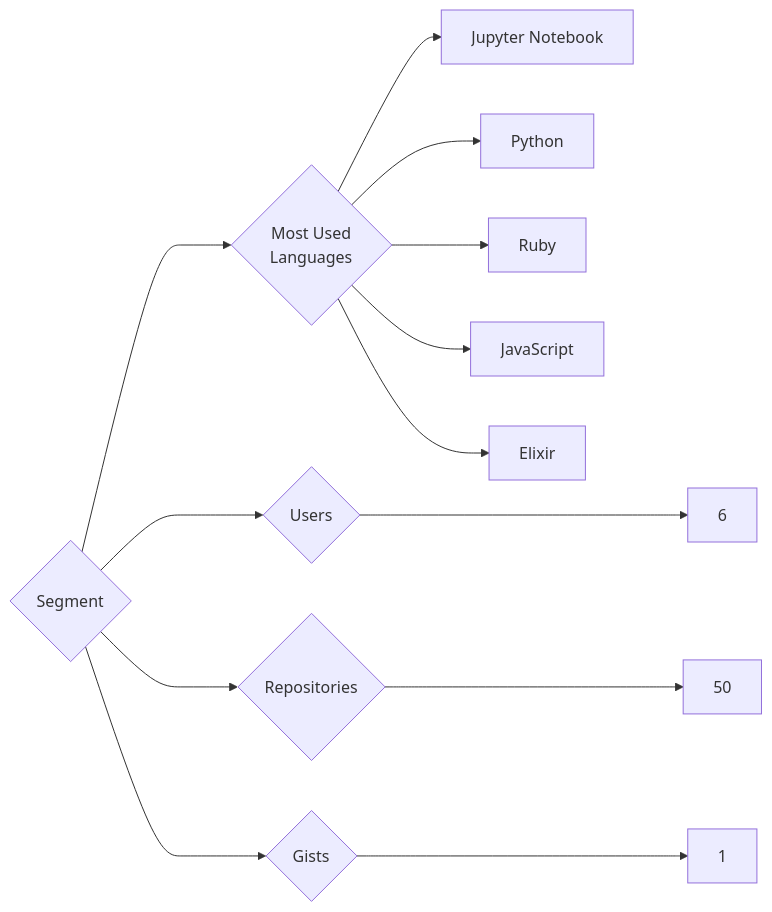
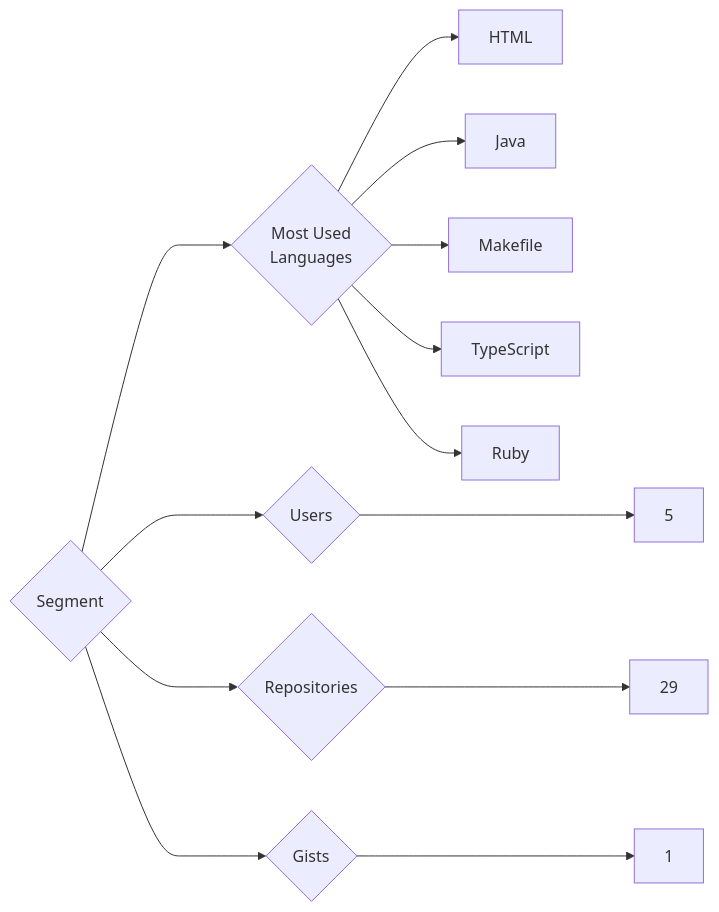
Before and after one commit to trickest/insiders: the diagram in targets/Segment/README.md, drawn with Mermaid. The commit also changed 1248 other files, not shown here.

````diff
--- a/targets/Segment/README.md
+++ b/targets/Segment/README.md
@@ -3,13 +3,13 @@
 ```mermaid
 graph LR
 COMPANY_NAME{Segment}
-COMPANY_NAME ---> U{Users} ---> UN[6]
-COMPANY_NAME ---> R{Repositories} ---> RN[50]
+COMPANY_NAME ---> U{Users} ---> UN[5]
+COMPANY_NAME ---> R{Repositories} ---> RN[29]
 COMPANY_NAME ---> G{Gists} ---> GN[1]
 COMPANY_NAME ---> ML{Most Used<br>Languages}
-ML --> Jupyter_Notebook[Jupyter Notebook]
-ML --> Python[Python]
+ML --> HTML[HTML]
+ML --> Java[Java]
+ML --> Makefile[Makefile]
+ML --> TypeScript[TypeScript]
 ML --> Ruby[Ruby]
-ML --> JavaScript[JavaScript]
-ML --> Elixir[Elixir]
 ```
````
